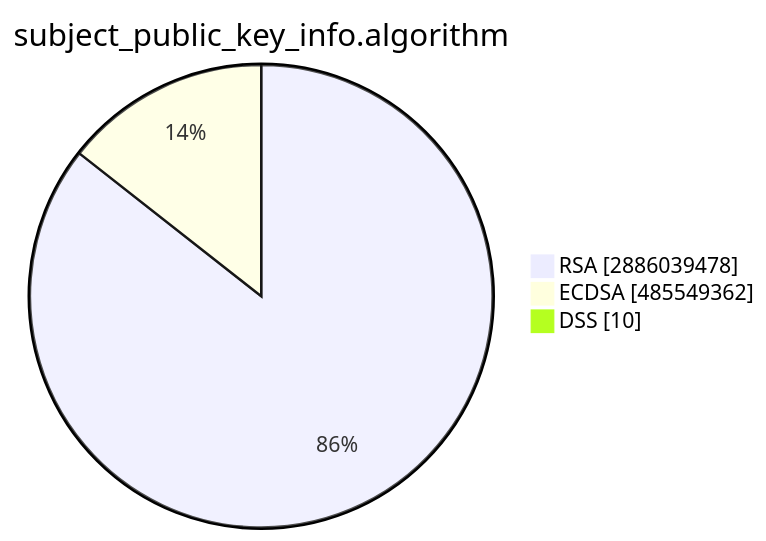
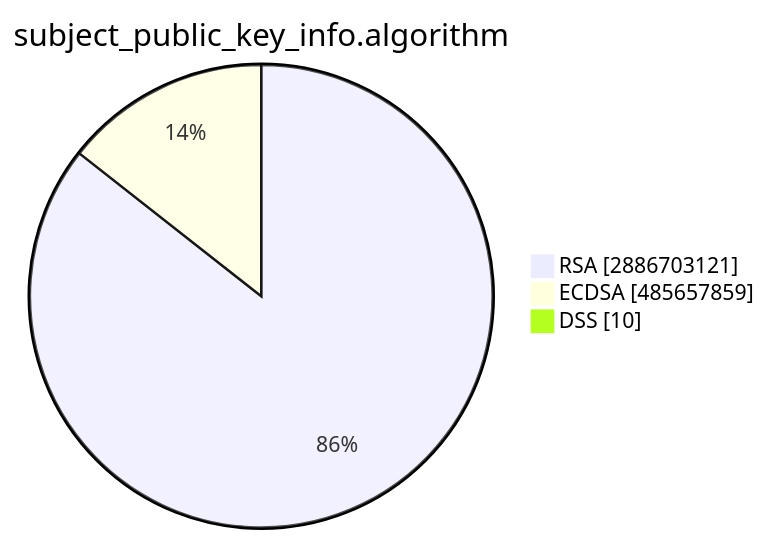
One commit to christiankrug/ctmonitor_visualization changed the second of 15 diagrams in TOTAL/README.md. Above: the diagram before and after it, drawn with Mermaid. The commit also changed other lines of this file, not shown here.

````diff
--- a/TOTAL/README.md
+++ b/TOTAL/README.md
@@ -6,7 +6,7 @@
 ```mermaid
 pie showData
 title subject_public_key_info.algorithm
-"RSA" :2886039478
-"ECDSA" :485549362
+"RSA" :2886703121
+"ECDSA" :485657859
 "DSS" :10
 ```
````
